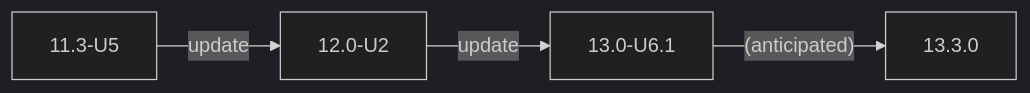
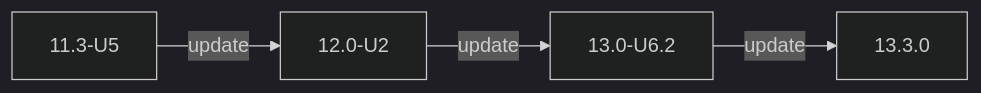
The first of 2 diagrams in static/includes/COREUpgradePaths.md (truenas/documentation), drawn with Mermaid (dark theme) before and after one commit. The commit also changed other lines of this file and 1 other file, not shown here.

Commit message:
13.3-RELEASE updates (cont)
- Remove lifecycle table from release notes (could be taken to imply Enterprise upgrade is allowed/endorsed)
- Update CORE upgrade paths charting

```diff
--- a/static/includes/COREUpgradePaths.md
+++ b/static/includes/COREUpgradePaths.md
@@ -12,6 +12,6 @@
       {{< mermaid class="mermaid_sizing" >}}
       flowchart LR
       A["11.3-U5"] -->|update| B["12.0-U2"]
-      B -->|update| C["13.0-U6.1"]
-      C -->|"(anticipated)"| D["13.3.0"]
+      B -->|update| C["13.0-U6.2"]
+      C -->|update| D["13.3.0"]
       {{< /mermaid >}}
```
